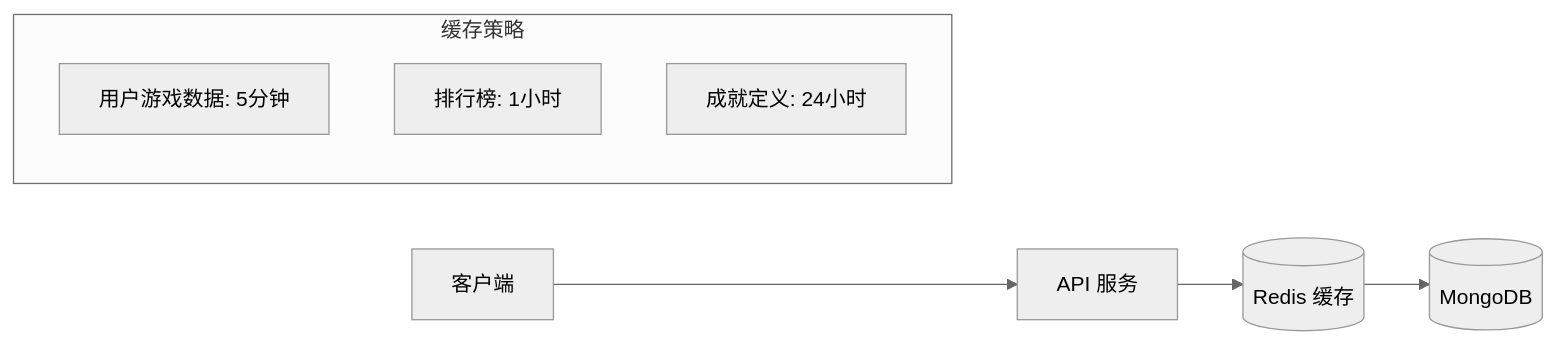
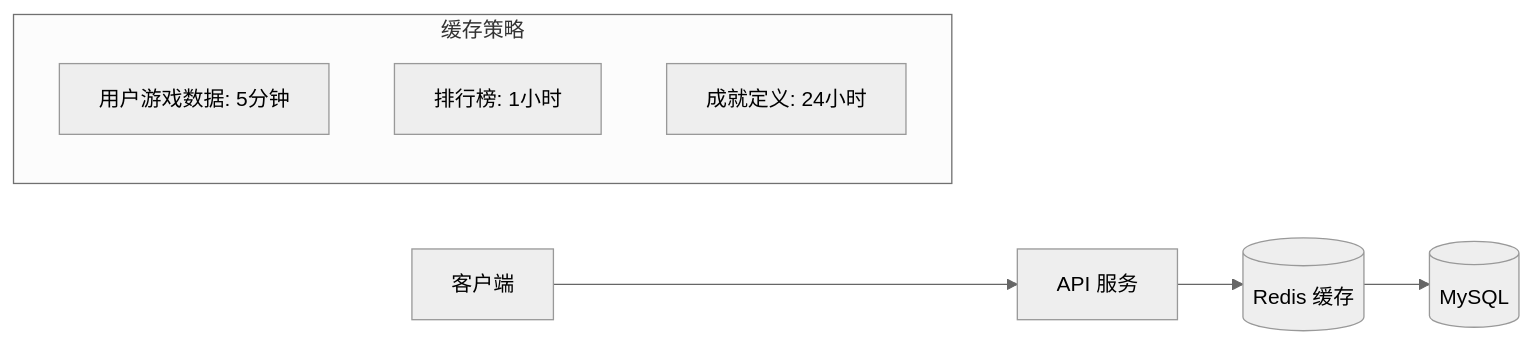
Diagram 17 of 18 in docs/architecture.md (kindule/tinyhabits), drawn with Mermaid (neutral theme) before and after one commit. The commit also changed other lines of this file and 10 other files, not shown here.

Commit message:
refactor: migrate from MongoDB to MySQL and update related configurations

````diff
--- a/docs/architecture.md
+++ b/docs/architecture.md
@@ -1318,12 +1326,12 @@
 ```mermaid
 graph LR
     CLIENT[客户端] --> API[API 服务]
     API --> REDIS[(Redis 缓存)]
-    REDIS --> MONGO[(MongoDB)]
+    REDIS --> MYSQL_DB[(MySQL)]
 
     subgraph "缓存策略"
         C1[用户游戏数据: 5分钟]
         C2[排行榜: 1小时]
         C3[成就定义: 24小时]
     end
 ```
````
